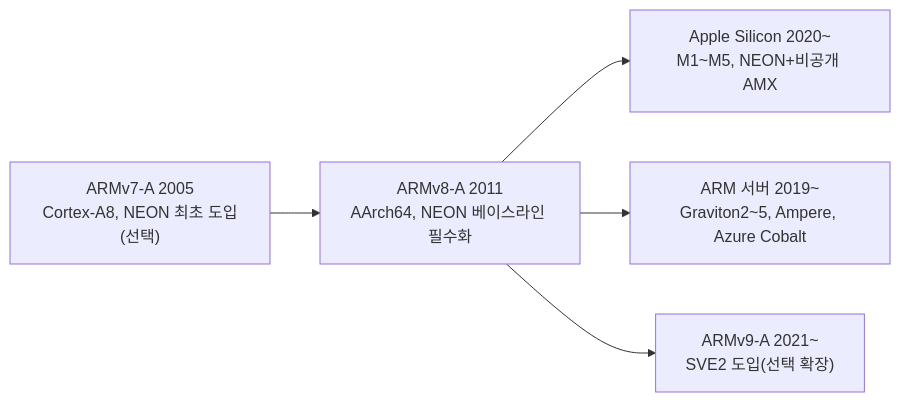
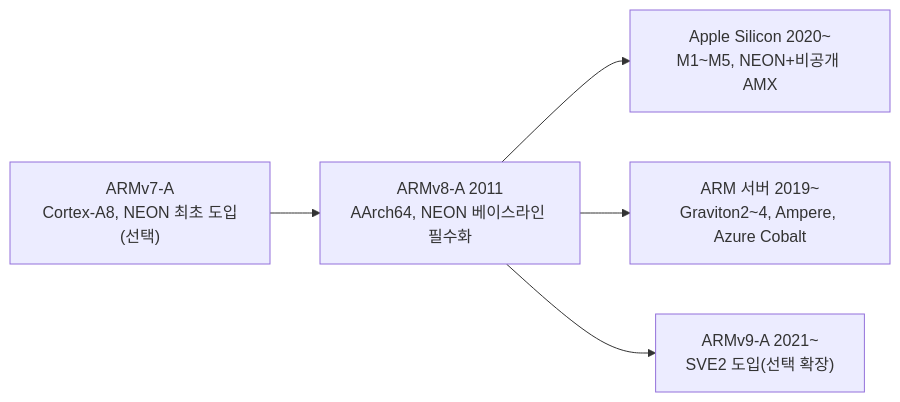
Before and after one commit to 42jerrykim/42jerrykim.github.io: the diagram in content/collection/optimization-08-optimization-techniques/12-arm-neon-optimization/index.md, drawn with Mermaid. The commit also changed other lines of this file and 1 other file, not shown here.

First line of the commit message:
feat: optimization-08-optimization-techniques/12-arm-neon-optimization post-quality-loop 채점 완료 (92.7점, 통과)

````diff
--- a/content/collection/optimization-08-optimization-techniques/12-arm-neon-optimization/index.md
+++ b/content/collection/optimization-08-optimization-techniques/12-arm-neon-optimization/index.md
@@ -146,7 +155,7 @@
 ```mermaid
 flowchart LR
-  armv7A["ARMv7-A 2005</br>Cortex-A8, NEON 최초 도입(선택)"] --> armv8A["ARMv8-A 2011</br>AArch64, NEON 베이스라인 필수화"]
+  armv7A["ARMv7-A</br>Cortex-A8, NEON 최초 도입(선택)"] --> armv8A["ARMv8-A 2011</br>AArch64, NEON 베이스라인 필수화"]
   armv8A --> appleSilicon["Apple Silicon 2020~</br>M1~M5, NEON+비공개 AMX"]
-  armv8A --> armServer["ARM 서버 2019~</br>Graviton2~5, Ampere, Azure Cobalt"]
+  armv8A --> armServer["ARM 서버 2019~</br>Graviton2~4, Ampere, Azure Cobalt"]
   armv8A --> armv9A["ARMv9-A 2021~</br>SVE2 도입(선택 확장)"]
 ```
````
